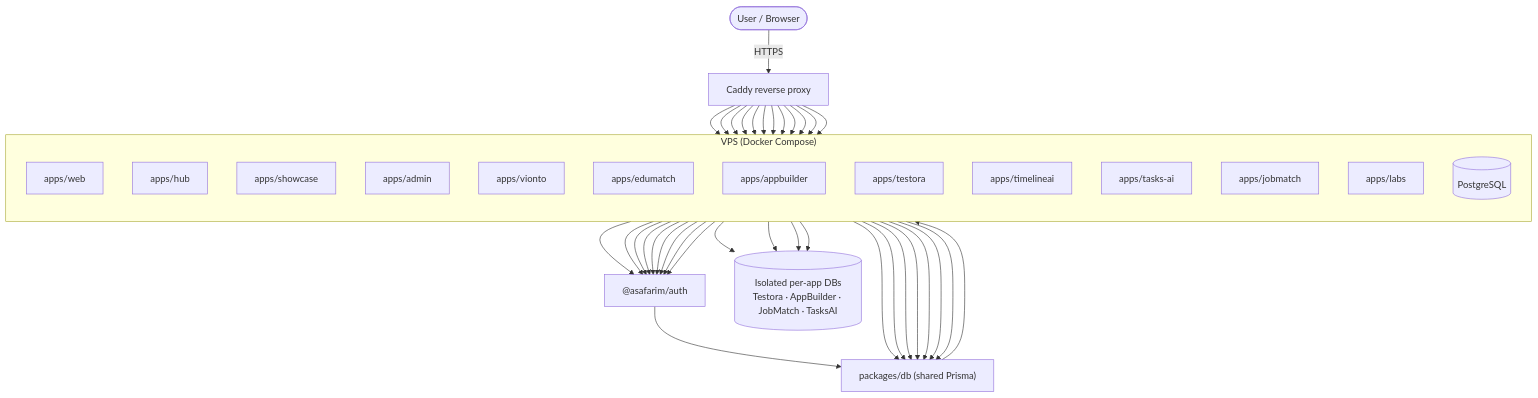
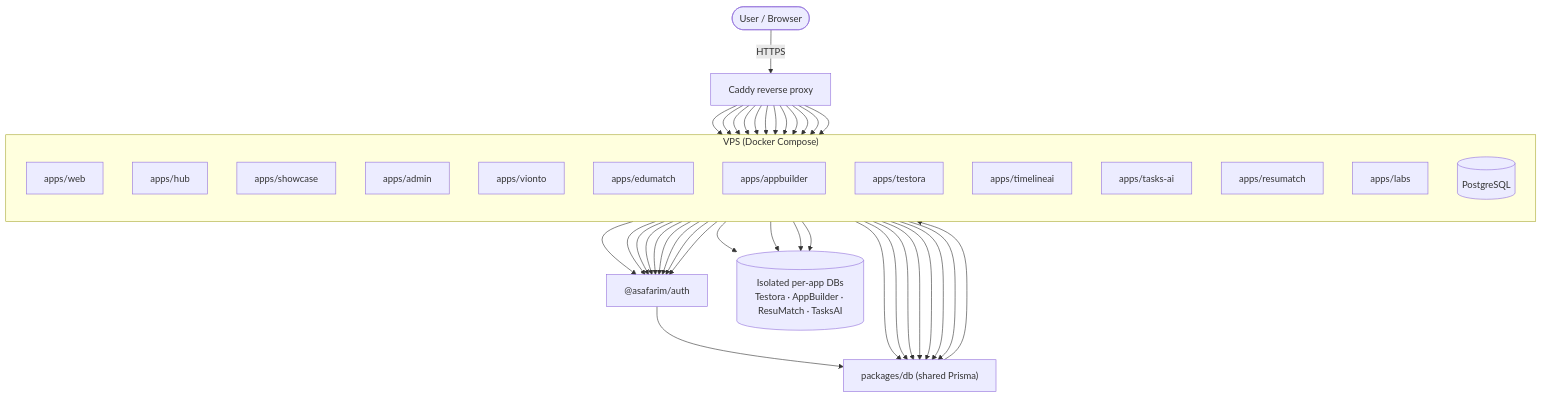
Before and after one commit to AliSafari-IT/asafarim-platform: the first of 3 diagrams in README.md, drawn with Mermaid. The commit also changed other lines of this file and 25 other files, not shown here.

First line of the commit message:
infra/CI: rename jobmatch references to resumatch across deploy config

````diff
--- a/README.md
+++ b/README.md
@@ -21,60 +21,60 @@
 ```mermaid
 flowchart TD
     User([User / Browser])
     Caddy[Caddy reverse proxy]
     subgraph VPS ["VPS (Docker Compose)"]
         direction TB
         Web[apps/web]
         Hub[apps/hub]
         Showcase[apps/showcase]
         Admin[apps/admin]
         Vionto[apps/vionto]
         EduMatch[apps/edumatch]
         AppBuilder[apps/appbuilder]
         Testora[apps/testora]
         TimelineAI[apps/timelineai]
         TasksAI[apps/tasks-ai]
-        JobMatch[apps/jobmatch]
+        ResuMatch[apps/resumatch]
         Labs[apps/labs]
         Postgres[(PostgreSQL)]
     end
     Auth["@asafarim/auth"]
     DB["packages/db (shared Prisma)"]
-    IsolatedDB[(Isolated per-app DBs<br/>Testora · AppBuilder · JobMatch · TasksAI)]
+    IsolatedDB[(Isolated per-app DBs<br/>Testora · AppBuilder · ResuMatch · TasksAI)]
 
     User -->|HTTPS| Caddy
     Caddy --> Web
     Caddy --> Hub
     Caddy --> Showcase
     Caddy --> Admin
     Caddy --> Vionto
     Caddy --> EduMatch
     Caddy --> AppBuilder
     Caddy --> Testora
     Caddy --> TimelineAI
     Caddy --> TasksAI
-    Caddy --> JobMatch
+    Caddy --> ResuMatch
     Caddy --> Labs
     Web --> DB
     Hub --> DB
     Showcase --> DB
     Admin --> DB
     Vionto --> DB
     EduMatch --> DB
     TimelineAI --> DB
     AppBuilder --> IsolatedDB
     Testora --> IsolatedDB
-    JobMatch --> IsolatedDB
+    ResuMatch --> IsolatedDB
     TasksAI --> IsolatedDB
     Hub --> Auth
     Admin --> Auth
     Vionto --> Auth
     EduMatch --> Auth
     AppBuilder --> Auth
     Testora --> Auth
     TimelineAI --> Auth
     TasksAI --> Auth
-    JobMatch --> Auth
+    ResuMatch --> Auth
     Auth --> DB
     DB --> Postgres
 ```
````
